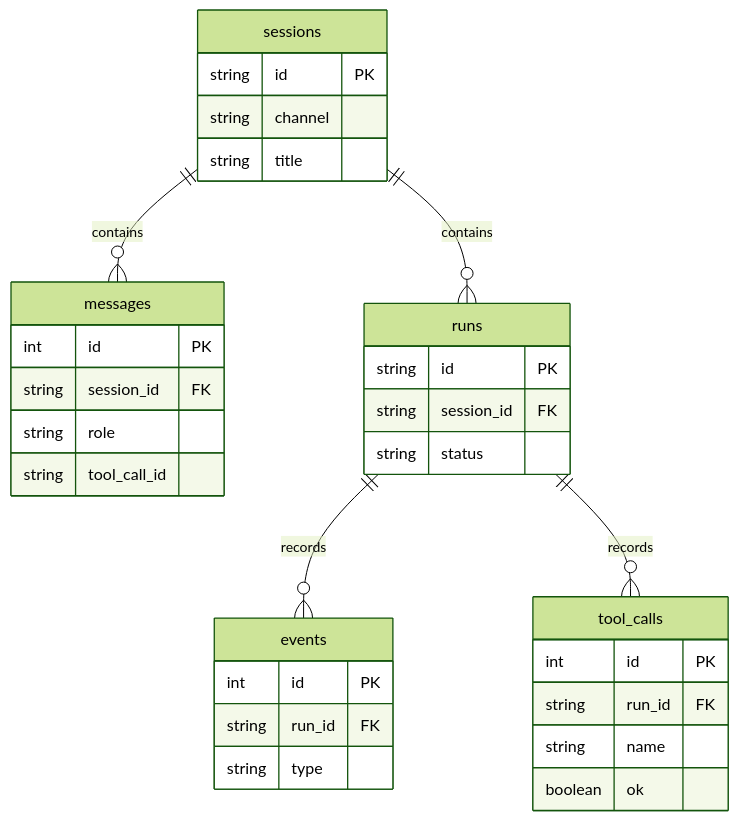
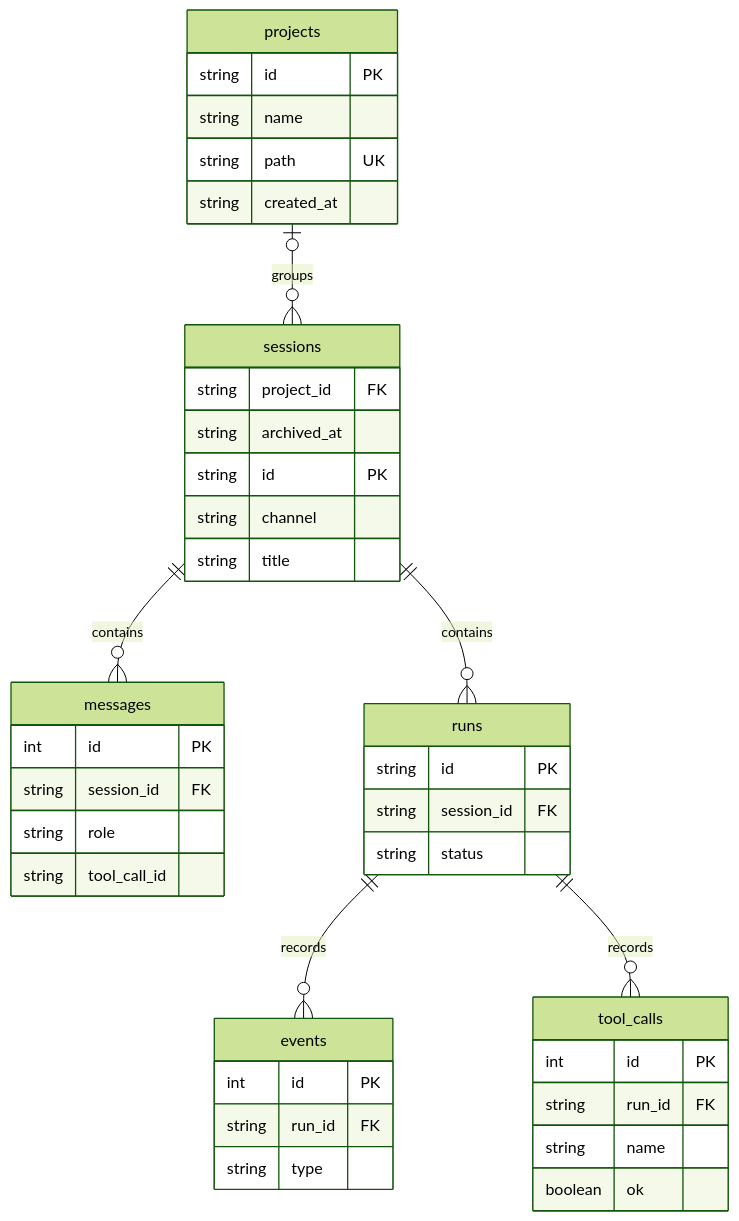
One commit to ShaoLongFei/dongdong changed the third of 3 diagrams in docs/architecture.md. Above: the diagram before and after it, drawn with Mermaid (forest theme). The commit also changed other lines of this file and 21 other files, not shown here.

````diff
--- a/docs/architecture.md
+++ b/docs/architecture.md
@@ -180,34 +183,43 @@
 ```mermaid
 erDiagram
+    projects |o--o{ sessions : groups
     sessions ||--o{ messages : contains
     sessions ||--o{ runs : contains
     runs ||--o{ events : records
     runs ||--o{ tool_calls : records
+    projects {
+        string id PK
+        string name
+        string path UK
+        string created_at
+    }
     sessions {
+        string project_id FK
+        string archived_at
         string id PK
         string channel
         string title
     }
     messages {
         int id PK
         string session_id FK
         string role
         string tool_call_id
     }
     runs {
         string id PK
         string session_id FK
         string status
     }
     events {
         int id PK
         string run_id FK
         string type
     }
     tool_calls {
         int id PK
         string run_id FK
         string name
         boolean ok
     }
 ```
````
